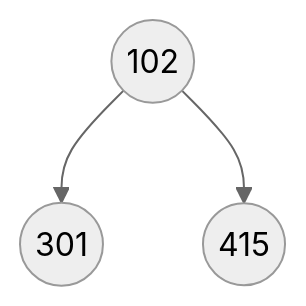
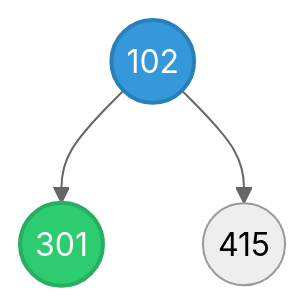
Before and after one commit to HououinOlaf/mineria-de-datos: the diagram in graphs.md, drawn with Mermaid (neutral theme).

Commit message:
Enhance flowchart with node styles
Added styles to nodes in the flowchart.

````diff
--- a/graphs.md
+++ b/graphs.md
@@ -2,5 +2,8 @@
 ```mermaid
 flowchart TD
     102((102))-->301((301))
     102((102))-->415((415))
+
+    style 102 fill:#3498db,stroke:#2980b9,stroke-width:2px,color:#fff
+    style 301 fill:#2ecc71,stroke:#27ae60,stroke-width:2px,color:#fff
 ```
````
